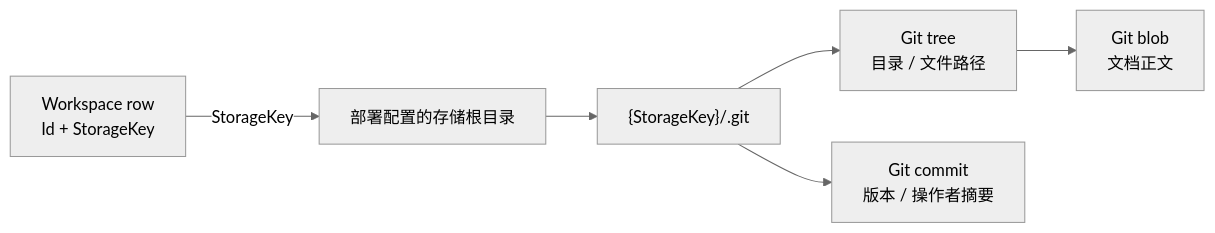
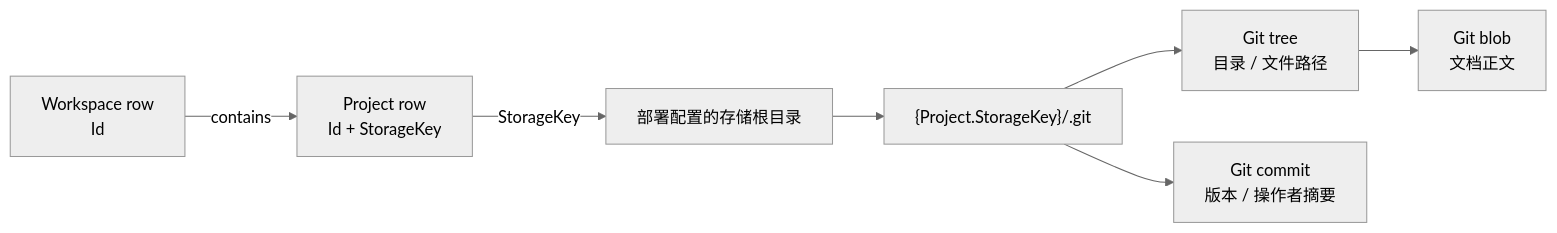
One commit to seanshuyuu/Episteme changed the second of 2 diagrams in design/erd.md. Above: the diagram before and after it, drawn with Mermaid (neutral theme). The commit also changed other lines of this file and 27 other files, not shown here.

First line of the commit message:
Add workspace project hierarchy

````diff
--- a/design/erd.md
+++ b/design/erd.md
@@ -111,14 +128,16 @@
 ```mermaid
 flowchart LR
-    Workspace["Workspace row<br/>Id + StorageKey"]
+    Workspace["Workspace row<br/>Id"]
+    Project["Project row<br/>Id + StorageKey"]
     Root["部署配置的存储根目录"]
-    Repo["{StorageKey}/.git"]
+    Repo["{Project.StorageKey}/.git"]
     Tree["Git tree<br/>目录 / 文件路径"]
     Blob["Git blob<br/>文档正文"]
     Commit["Git commit<br/>版本 / 操作者摘要"]
-    Workspace -->|StorageKey| Root
+    Workspace -->|contains| Project
+    Project -->|StorageKey| Root
     Root --> Repo
     Repo --> Tree
     Tree --> Blob
     Repo --> Commit
 ```
````
